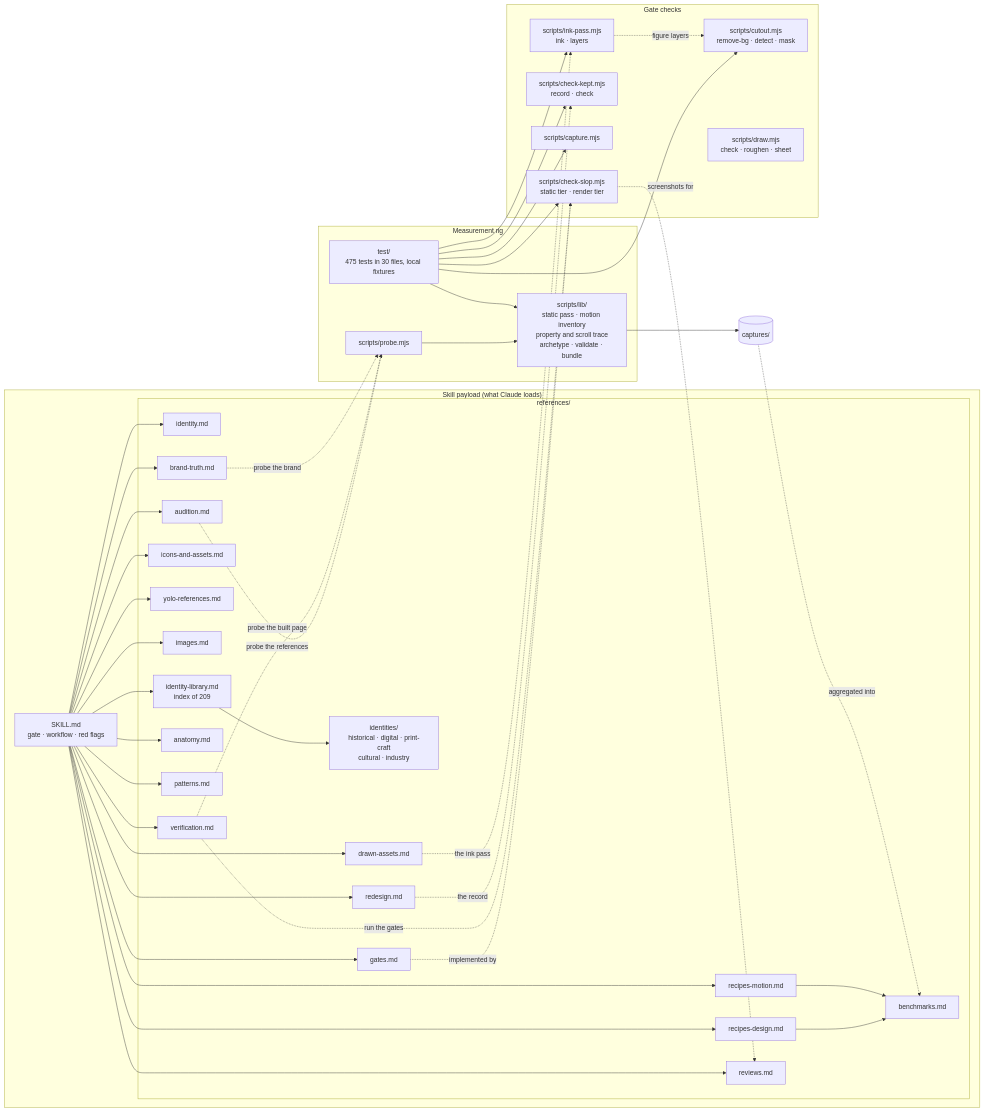
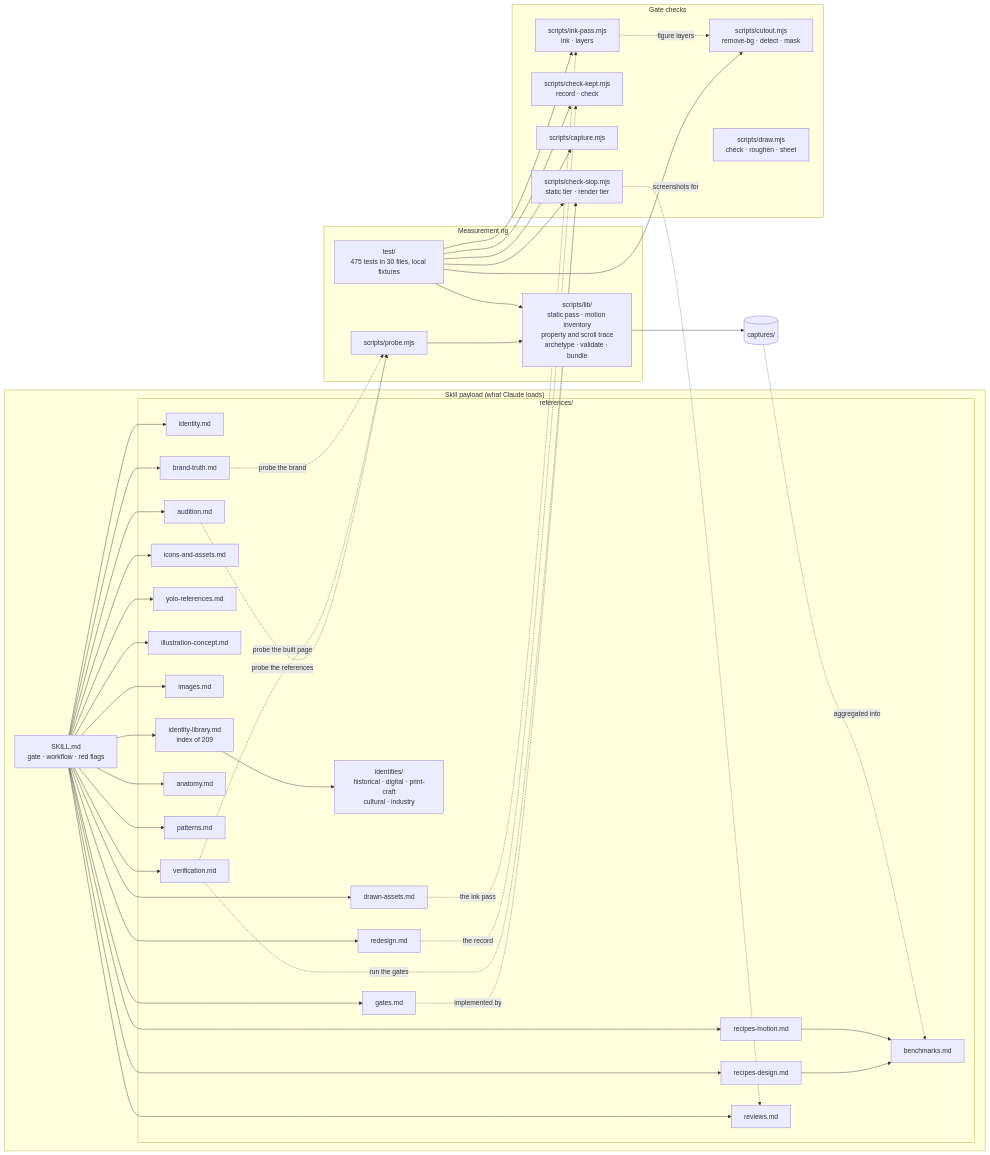
The second of 2 diagrams in README.md (jounimn/df-design), drawn with Mermaid before and after one commit. The commit also changed other lines of this file and 5 other files, not shown here.

First line of the commit message:
feat(drawn): the concept bible for an illustration-led identity with no concept art

````diff
--- a/README.md
+++ b/README.md
@@ -183,55 +183,56 @@
 ```mermaid
 flowchart LR
     subgraph Skill["Skill payload (what Claude loads)"]
         SK["SKILL.md<br/>gate · workflow · red flags"]
         subgraph Refs["references/"]
             ID["identity.md"]
             AUD["audition.md"]
             LIB["identity-library.md<br/>index of 209"]
             FAM["identities/<br/>historical · digital · print-craft<br/>cultural · industry"]
             RD["recipes-design.md"]
             RM["recipes-motion.md"]
             IC["icons-and-assets.md"]
             DRA["drawn-assets.md"]
             YRF["yolo-references.md"]
+            ILC["illustration-concept.md"]
             IMG["images.md"]
             VER["verification.md"]
             BEN["benchmarks.md"]
             ANA["anatomy.md"]
             GAT["gates.md"]
             PAT["patterns.md"]
             REV["reviews.md"]
             RED["redesign.md"]
             BRT["brand-truth.md"]
         end
     end
     subgraph Rig["Measurement rig"]
         PRB["scripts/probe.mjs"]
         LIBS["scripts/lib/<br/>static pass · motion inventory<br/>property and scroll trace<br/>archetype · validate · bundle"]
         TST["test/<br/>475 tests in 30 files, local fixtures"]
     end
     subgraph Gates["Gate checks"]
         CSL["scripts/check-slop.mjs<br/>static tier · render tier"]
         CKP["scripts/check-kept.mjs<br/>record · check"]
         CPT["scripts/capture.mjs"]
         CUT["scripts/cutout.mjs<br/>remove-bg · detect · mask"]
         DRW["scripts/draw.mjs<br/>check · roughen · sheet"]
         INK["scripts/ink-pass.mjs<br/>ink · layers"]
     end
-    SK --> ID & AUD & LIB & RD & RM & IC & DRA & IMG & VER & ANA & GAT & PAT & REV & RED & BRT & YRF
+    SK --> ID & AUD & LIB & RD & RM & IC & DRA & IMG & VER & ANA & GAT & PAT & REV & RED & BRT & YRF & ILC
     LIB --> FAM
     RD & RM --> BEN
     PRB --> LIBS
     LIBS --> CAP[("captures/")]
     CAP -. "aggregated into" .-> BEN
     AUD -. "probe the references" .-> PRB
     VER -. "probe the built page" .-> PRB
     GAT -. "implemented by" .-> CSL
     VER -. "run the gates" .-> CSL
     RED -. "the record" .-> CKP
     BRT -. "probe the brand" .-> PRB
     CSL -. "screenshots for" .-> REV
     TST --> LIBS & CSL & CKP & CPT & CUT & INK
     DRA -. "the ink pass" .-> INK
     INK -. "figure layers" .-> CUT
 ```
````
